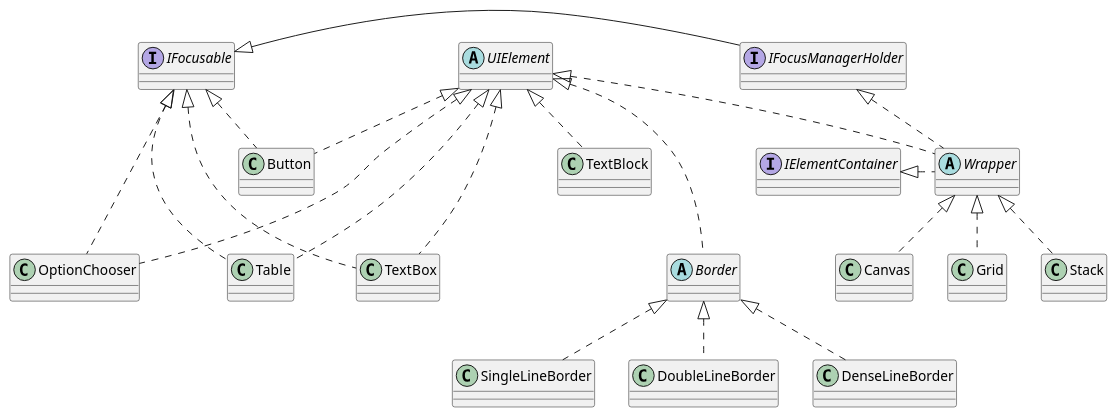
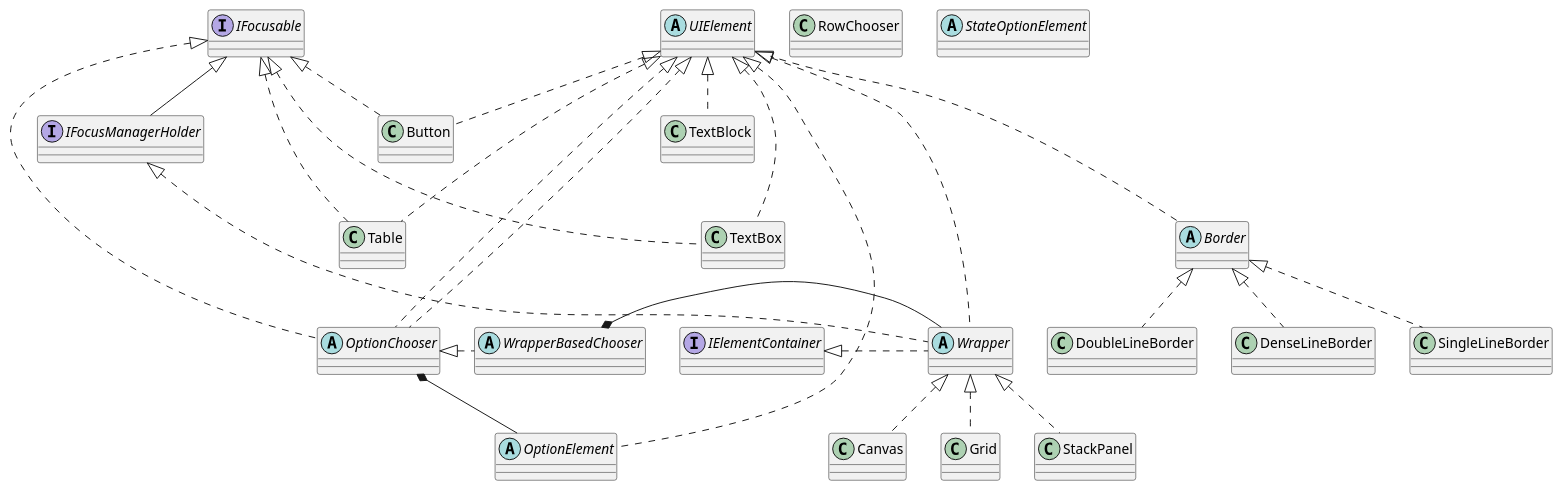
The diagram in Sunnyyssh.ConsoleUI/Scheme/Class architecture/UIElementsDiagram.puml (sunnyyssh/ConsoleUI), drawn with PlantUML before and after one commit. The commit also changed 5 other files, not shown here.

```diff
--- a/Sunnyyssh.ConsoleUI/Scheme/Class architecture/UIElementsDiagram.puml
+++ b/Sunnyyssh.ConsoleUI/Scheme/Class architecture/UIElementsDiagram.puml
@@ -1,49 +1,59 @@
 @startuml
 
 abstract UIElement
 interface IElementContainer
 interface IFocusable
 interface IFocusManagerHolder
 abstract Wrapper
 class Button
 class Canvas
 class Grid
-class Stack
+class StackPanel
 class TextBlock
 class TextBox
 class Table
-class OptionChooser
+abstract OptionChooser
 abstract Border
 class SingleLineBorder
 class DoubleLineBorder
 class DenseLineBorder
+abstract WrapperBasedChooser
+class RowChooser
+abstract OptionElement
+abstract StateOptionElement
 
 IFocusable <|- IFocusManagerHolder
 
 UIElement <|.. Wrapper 
 IFocusManagerHolder <|. Wrapper
 IElementContainer <|. Wrapper
 
 Wrapper <|.. Canvas
 Wrapper <|.. Grid
-Wrapper <|.. Stack
+Wrapper <|.. StackPanel
 
 UIElement <|.. Button
 IFocusable <|.. Button
 
 UIElement <|.. TextBlock 
 UIElement <|.. TextBox
 IFocusable <|... TextBox
 
 UIElement <|... Table
 IFocusable <|... Table
 
 UIElement <|... OptionChooser
 IFocusable <|... OptionChooser
 
 UIElement <|... Border
 Border <|.. SingleLineBorder
 Border <|.. DoubleLineBorder
 Border <|.. DenseLineBorder
 
+UIElement <|.... OptionChooser
+OptionChooser <|. WrapperBasedChooser
+UIElement <|..... OptionElement
+OptionChooser *- OptionElement
+WrapperBasedChooser *- Wrapper
+
 @enduml
```
